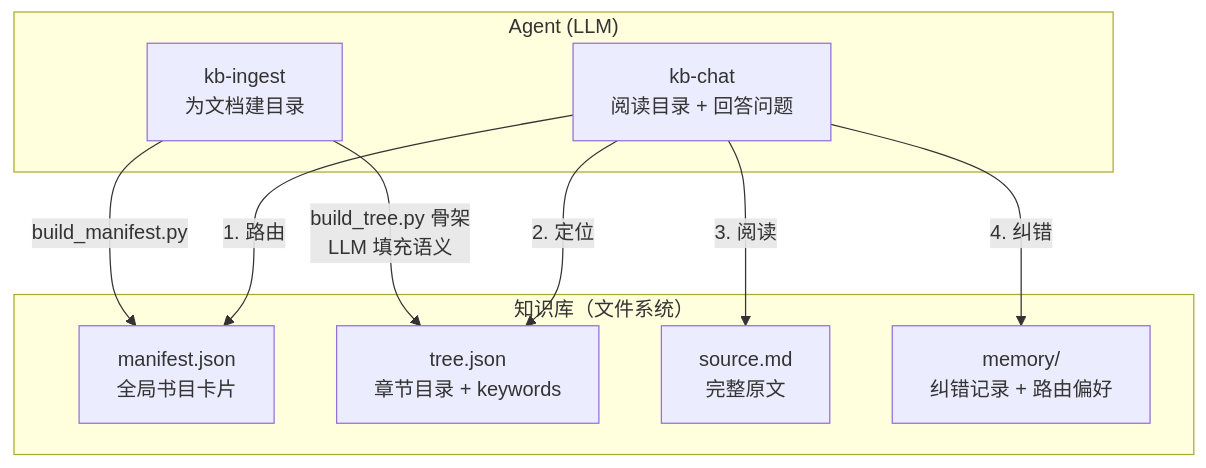
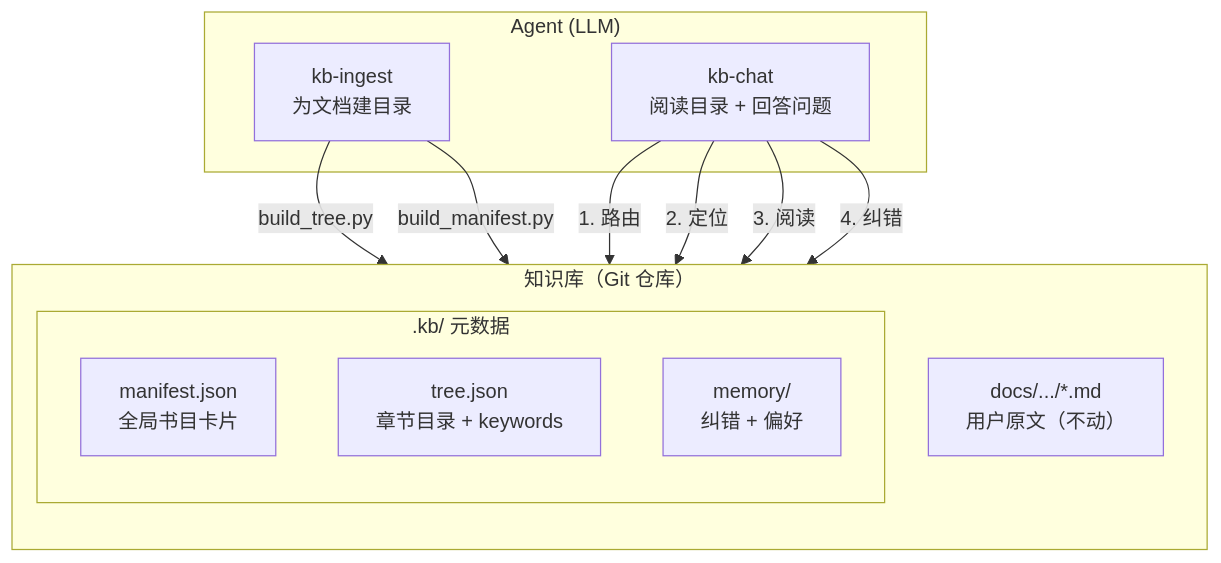
Before and after one commit to waylondev/kb-pilot: the second of 2 diagrams in README.md, drawn with Mermaid. The commit also changed other lines of this file and 7 other files, not shown here.

````diff
--- a/README.md
+++ b/README.md
@@ -72,21 +104,24 @@
 ```mermaid
 graph TB
     subgraph Agent["Agent (LLM)"]
         INGEST["kb-ingest<br/>为文档建目录"]
         CHAT["kb-chat<br/>阅读目录 + 回答问题"]
     end
 
-    subgraph KB["知识库（文件系统）"]
-        MANIFEST["manifest.json<br/>全局书目卡片"]
-        TREE["tree.json<br/>章节目录 + keywords"]
-        SOURCE["source.md<br/>完整原文"]
-        MEMORY["memory/<br/>纠错记录 + 路由偏好"]
+    subgraph KB["知识库（Git 仓库）"]
+        direction TB
+        subgraph Meta[".kb/ 元数据"]
+            MANIFEST["manifest.json<br/>全局书目卡片"]
+            TREE["tree.json<br/>章节目录 + keywords"]
+            MEMORY["memory/<br/>纠错 + 偏好"]
+        end
+        SOURCE["docs/.../*.md<br/>用户原文（不动）"]
     end
 
-    INGEST -->|"build_tree.py 骨架<br/>LLM 填充语义"| TREE
+    INGEST -->|"build_tree.py"| TREE
     INGEST -->|"build_manifest.py"| MANIFEST
     CHAT -->|"1. 路由"| MANIFEST
     CHAT -->|"2. 定位"| TREE
     CHAT -->|"3. 阅读"| SOURCE
     CHAT -->|"4. 纠错"| MEMORY
 ```
````
